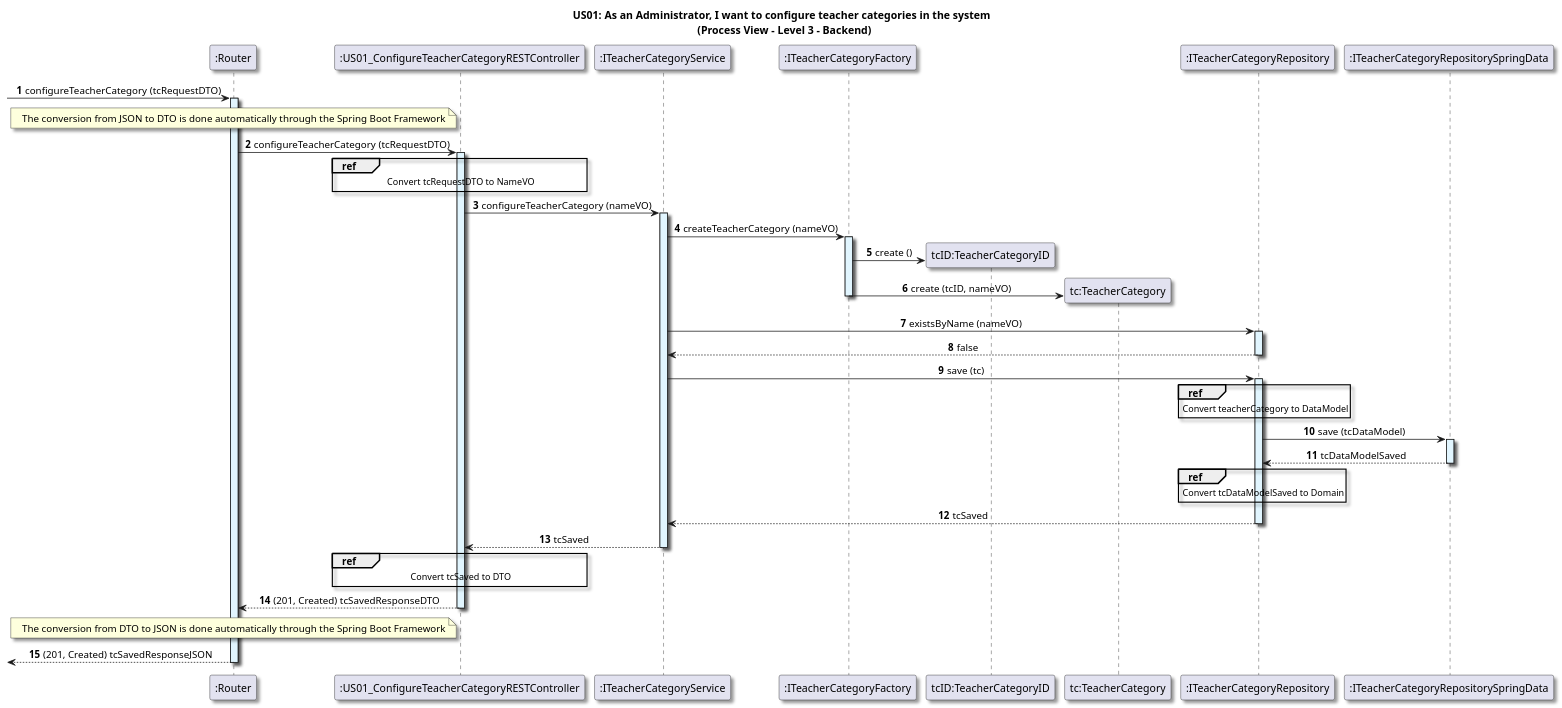
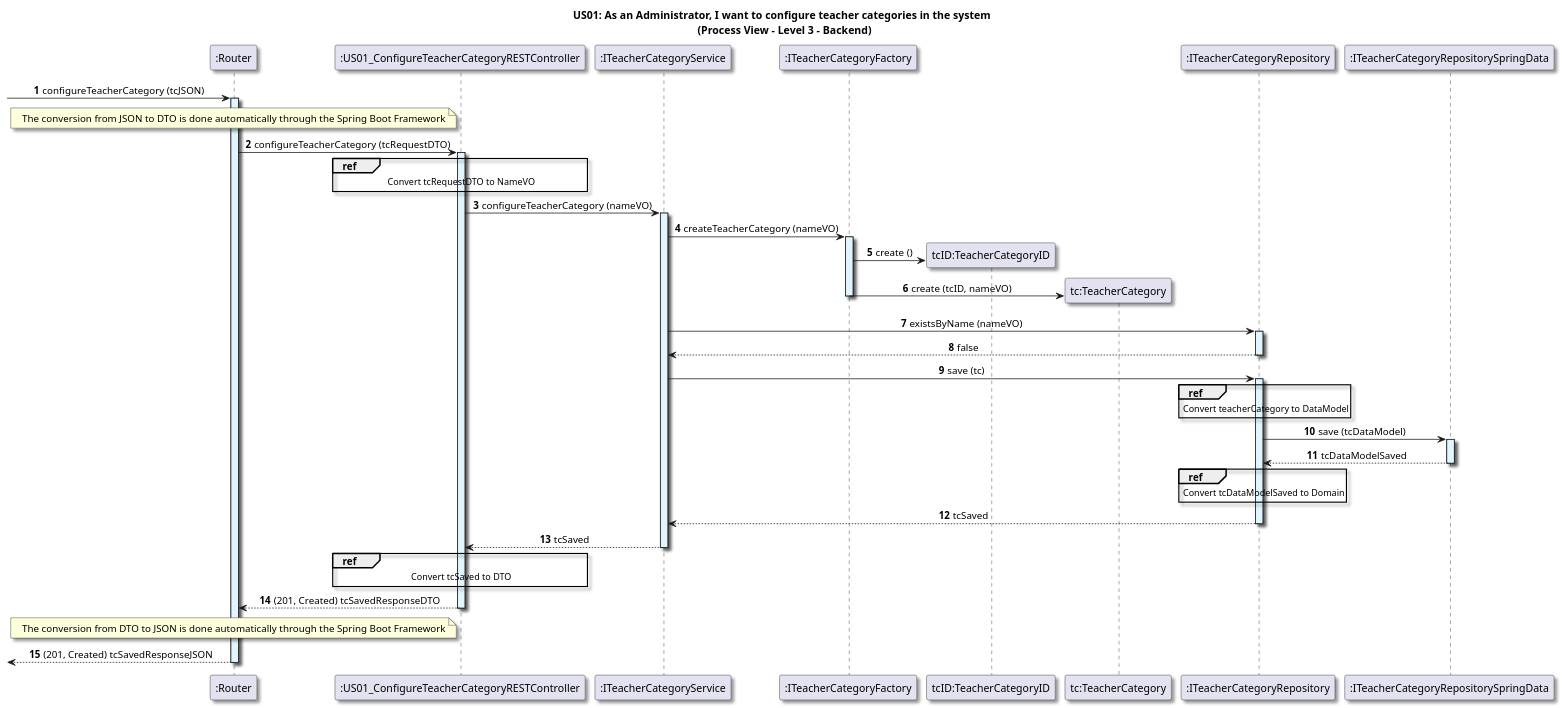
One commit to GasparISEP/DevOps-PAI changed the diagram in docs/US01/Sprint6_RestAPI/ProcessView/Level3.puml. Above: the diagram before and after it, drawn with PlantUML. The commit also changed 1 other file, not shown here.

Commit message:
refactor (diagram): Update process view diagrams at level 2 and 3 with minor adjustments (#532, #541)

```diff
--- a/docs/US01/Sprint6_RestAPI/ProcessView/Level3.puml
+++ b/docs/US01/Sprint6_RestAPI/ProcessView/Level3.puml
@@ -1,80 +1,80 @@
 @startuml
 
 title US01: As an Administrator, I want to configure teacher categories in the system \n (Process View - Level 3 - Backend)
 
 skinparam defaultTextAlignment center
 skinparam shadowing true
 
 autonumber
 
 participant ":Router" as router
--> router: configureTeacherCategory (tcRequestDTO)
+-> router: configureTeacherCategory (tcJSON)
 activate router #E1F5FE
 
 note over router: The conversion from JSON to DTO is done automatically through the Spring Boot Framework
 
 participant ":US01_ConfigureTeacherCategoryRESTController" as Controller
 router -> Controller: configureTeacherCategory (tcRequestDTO)
 activate Controller #E1F5FE
 
 ref over Controller
     Convert tcRequestDTO to NameVO
 end
 
 participant ":ITeacherCategoryService" as service
 Controller -> service: configureTeacherCategory (nameVO)
 activate service #E1F5FE
 
 participant ":ITeacherCategoryFactory" as Factory
 service -> Factory: createTeacherCategory (nameVO)
 activate Factory #E1F5FE
 
 create "tcID:TeacherCategoryID"
 Factory -> "tcID:TeacherCategoryID": create ()
 
 create "tc:TeacherCategory"
 Factory -> "tc:TeacherCategory": create (tcID, nameVO)
 deactivate Factory
 
 participant ":ITeacherCategoryRepository" as Repository
 service -> Repository: existsByName (nameVO)
 activate Repository #E1F5FE
 Repository --> service: false
 deactivate Repository
 
 service -> Repository: save (tc)
 activate Repository #E1F5FE
 
 ref over Repository
     Convert teacherCategory to DataModel
 end
 
 participant ":ITeacherCategoryRepositorySpringData" as springDataRepository
 Repository -> springDataRepository: save (tcDataModel)
 activate springDataRepository #E1F5FE
 springDataRepository --> Repository : tcDataModelSaved
 deactivate springDataRepository
 
 ref over Repository
     Convert tcDataModelSaved to Domain
 end
 
 Repository --> service: tcSaved
 deactivate Repository
 
 service --> Controller: tcSaved
 deactivate service
 
 ref over Controller
     Convert tcSaved to DTO
 end
 
 Controller --> router: (201, Created) tcSavedResponseDTO
 deactivate Controller
 
 note over router: The conversion from DTO to JSON is done automatically through the Spring Boot Framework
 
 <-- router: (201, Created) tcSavedResponseJSON
 deactivate router
 
 @enduml
```
